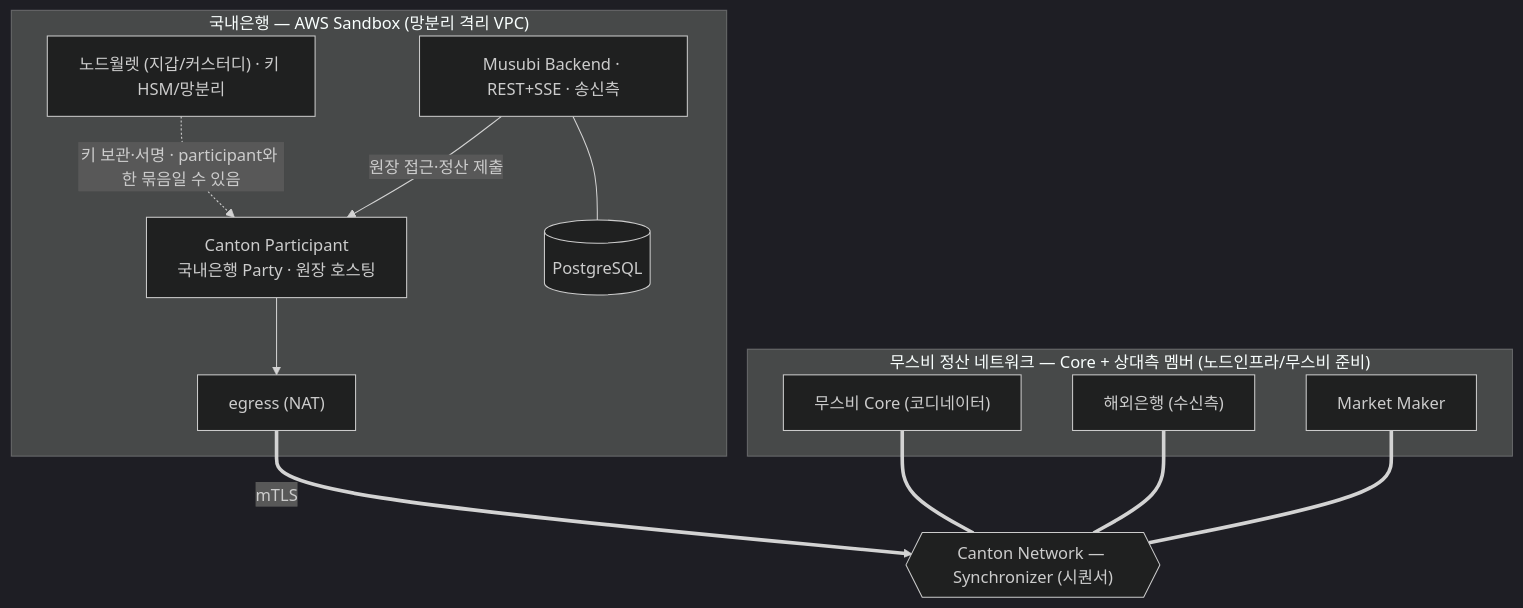
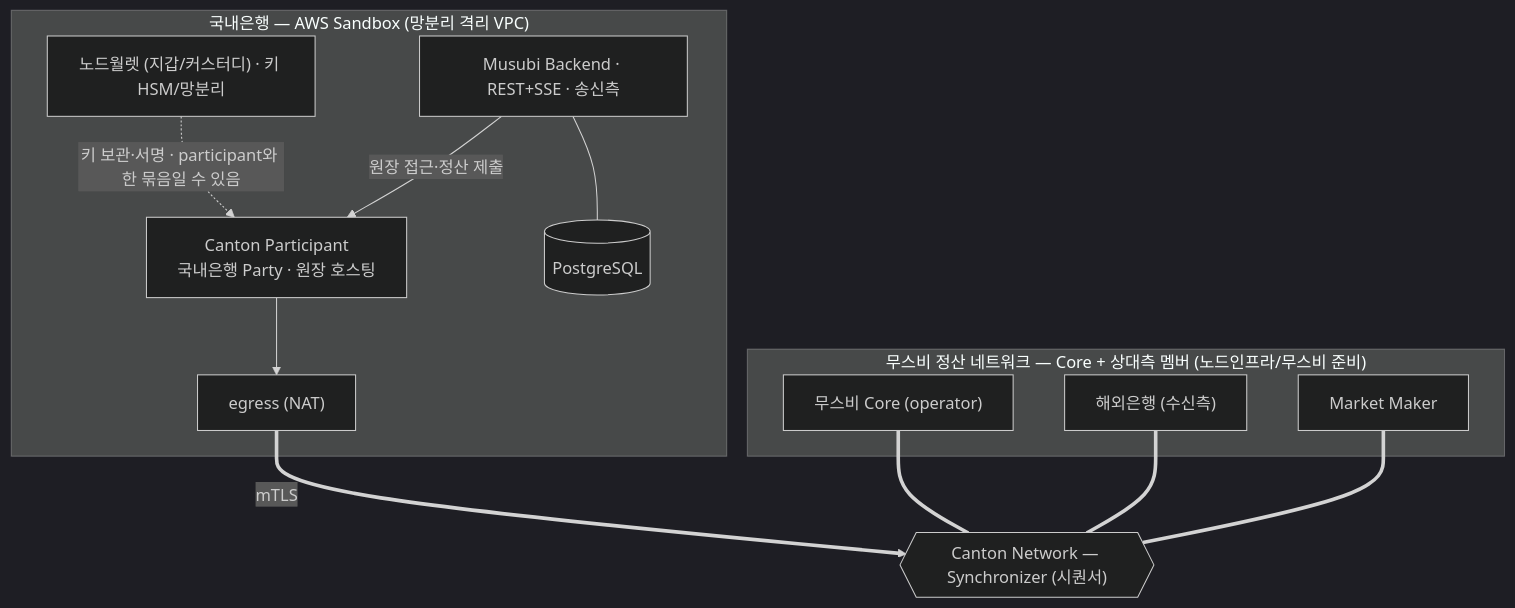
The first of 2 diagrams in dev/docs/poc/aws-sandbox-devnet-setup.md (eunsujeo/canton-docs), drawn with Mermaid (dark theme) before and after one commit.

Commit message:
docs(poc): §2 다이어그램 노드 "무스비 Core (코디네이터)" → "(operator)" (architecture와 통일)

````diff
--- a/dev/docs/poc/aws-sandbox-devnet-setup.md
+++ b/dev/docs/poc/aws-sandbox-devnet-setup.md
@@ -14,24 +14,24 @@
 ```mermaid
 flowchart TB
   subgraph SB["국내은행 — AWS Sandbox (망분리 격리 VPC)"]
     PN["Canton Participant<br/>국내은행 Party · 원장 호스팅"]
     NW["노드월렛 (지갑/커스터디) · 키 HSM/망분리"]
     MB["Musubi Backend · REST+SSE · 송신측"]
     DB[("PostgreSQL")]
     EG["egress (NAT)"]
   end
   SYN{{"Canton Network — Synchronizer (시퀀서)"}}
   subgraph MUS["무스비 정산 네트워크 — Core + 상대측 멤버 (노드인프라/무스비 준비)"]
-    CORE["무스비 Core (코디네이터)"]
+    CORE["무스비 Core (operator)"]
     CP["해외은행 (수신측)"]
     MM["Market Maker"]
   end
   NW -.->|"키 보관·서명 · participant와 한 묶음일 수 있음"| PN
   MB -->|"원장 접근·정산 제출"| PN
   MB --- DB
   PN --> EG
   EG ==>|mTLS| SYN
   CORE === SYN
   CP === SYN
   MM === SYN
 ```
````
